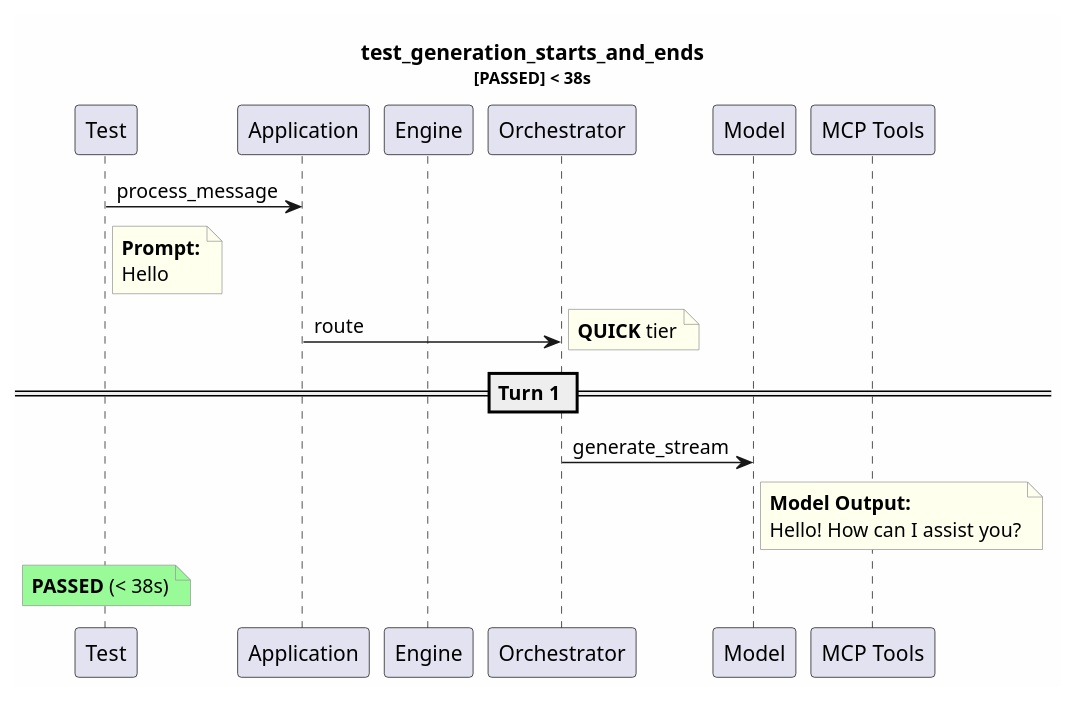
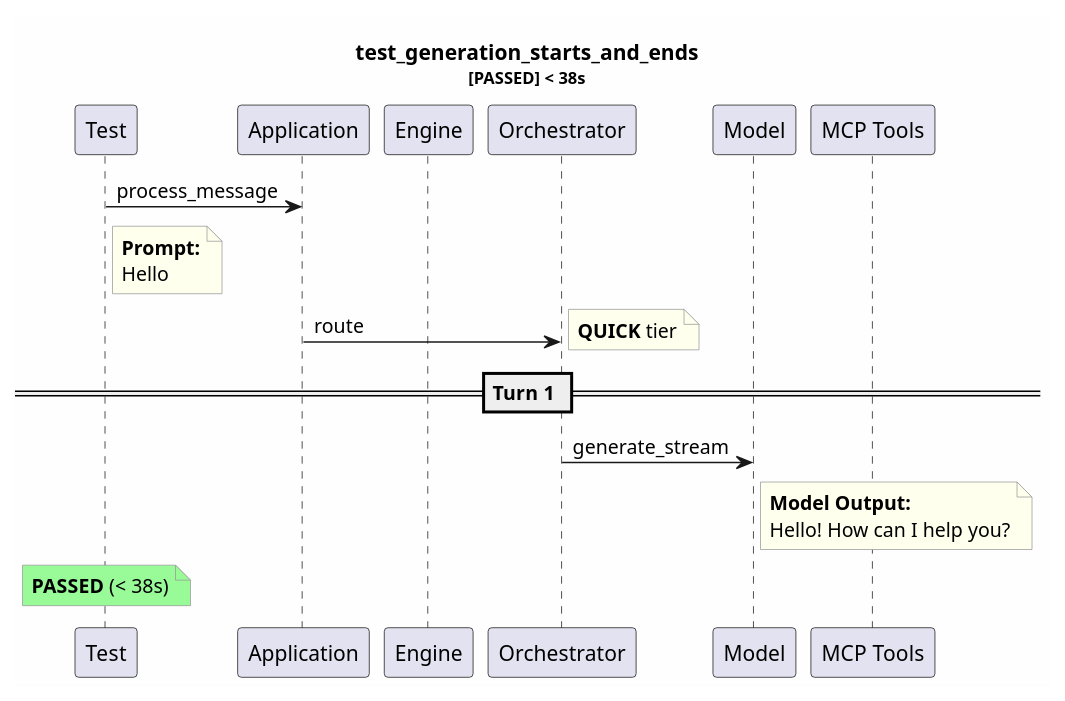
One commit to tvanfossen/entropic changed the diagram in test-reports/logs/test_generation_starts_and_ends/test_generation_starts_and_ends.puml. Above: the diagram before and after it, drawn with PlantUML. The commit also changed 11 other files, not shown here.

```diff
--- a/test-reports/logs/test_generation_starts_and_ends/test_generation_starts_and_ends.puml
+++ b/test-reports/logs/test_generation_starts_and_ends/test_generation_starts_and_ends.puml
@@ -1,31 +1,31 @@
 @startuml
 skinparam backgroundColor #FEFEFE
 skinparam noteBorderColor #999999
 skinparam noteBackgroundColor #FFFFEE
 title test_generation_starts_and_ends\n<size:11>[PASSED] < 38s</size>
 
 participant "Test" as T
 participant "Application" as App
 participant "Engine" as Eng
 participant "Orchestrator" as Orch
 participant "Model" as Mdl
 participant "MCP Tools" as MCP
 
 T -> App: process_message
 note right of T
   **Prompt:**
   Hello
 end note
 App -> Orch: route
 note right: **QUICK** tier
 == Turn 1 ==
 Orch -> Mdl: generate_stream
 note right of Mdl
   **Model Output:**
-  Hello! How can I assist you?
+  Hello! How can I help you?
 end note
 note over T #palegreen
   **PASSED** (< 38s)
 end note
 
 @enduml
```
